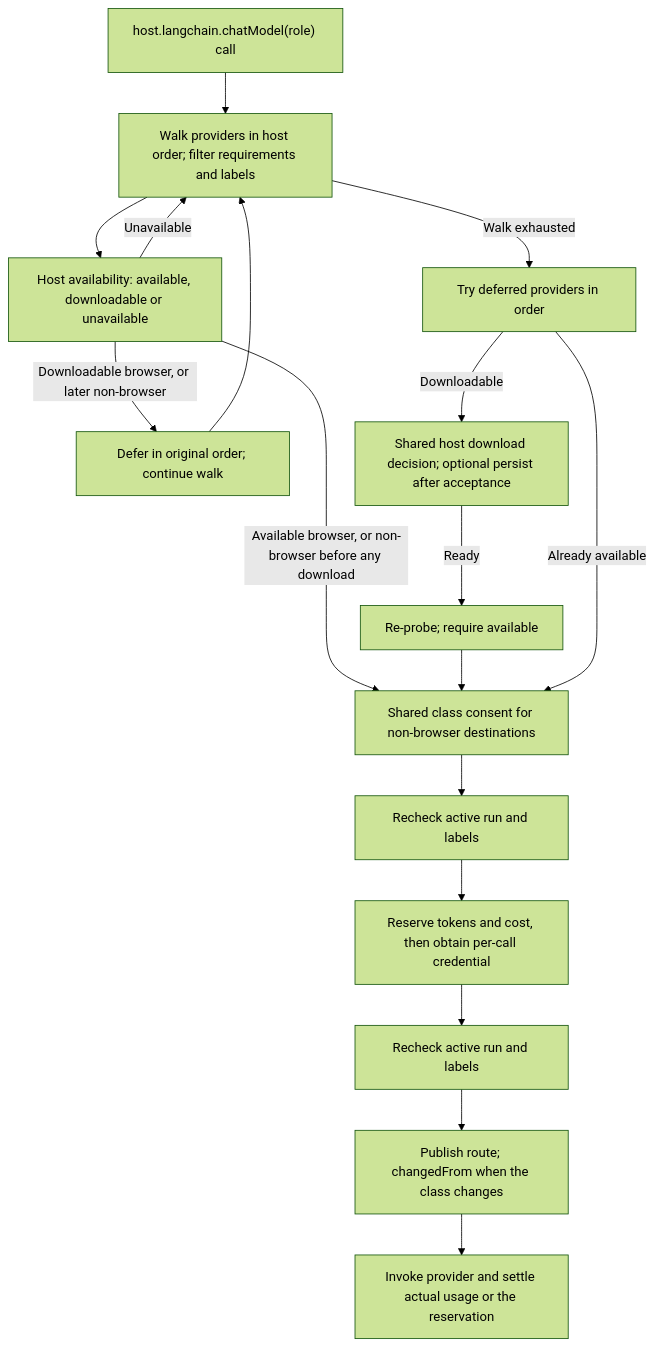
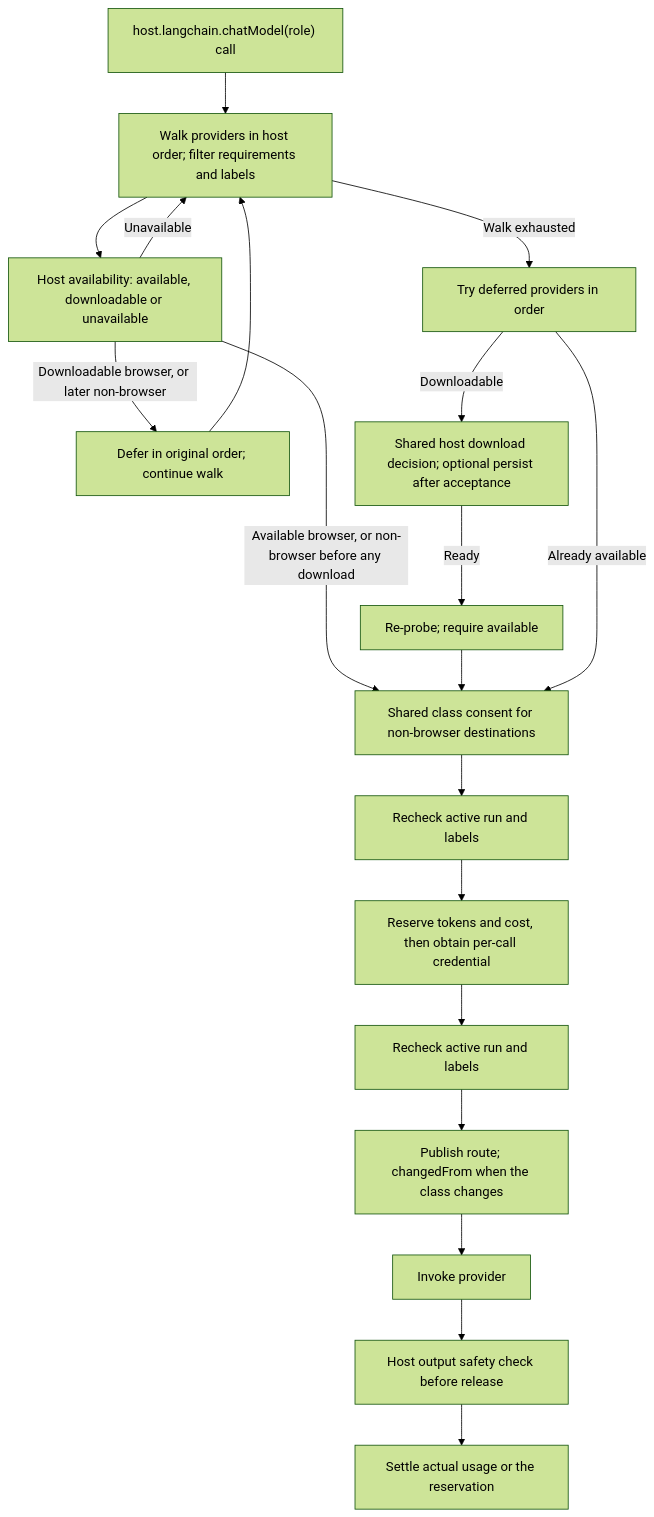
The seventh of 8 diagrams in docs/system-design.md (vinhnxv/galaxie), drawn with Mermaid (forest theme) before and after one commit. The commit also changed other lines of this file and 2 other files, not shown here.

Commit message:
docs: describe routed output safety controls and limits

````diff
--- a/docs/system-design.md
+++ b/docs/system-design.md
@@ -358,19 +358,21 @@
 ```mermaid
 flowchart TD
     Call["host.langchain.chatModel(role) call"] --> Walk["Walk providers in host order; filter requirements and labels"]
     Walk --> Probe["Host availability: available, downloadable or unavailable"]
     Probe -->|Unavailable| Walk
     Probe -->|Available browser, or non-browser before any download| Consent["Shared class consent for non-browser destinations"]
     Probe -->|Downloadable browser, or later non-browser| Defer["Defer in original order; continue walk"]
     Defer --> Walk
     Walk -->|Walk exhausted| Deferred["Try deferred providers in order"]
     Deferred -->|Downloadable| Download["Shared host download decision; optional persist after acceptance"]
     Download -->|Ready| Reprobe["Re-probe; require available"]
     Reprobe --> Consent
     Deferred -->|Already available| Consent
     Consent --> Labels["Recheck active run and labels"]
     Labels --> Reserve["Reserve tokens and cost, then obtain per-call credential"]
     Reserve --> Check["Recheck active run and labels"]
     Check --> Notice["Publish route; changedFrom when the class changes"]
-    Notice --> Send["Invoke provider and settle actual usage or the reservation"]
+    Notice --> Send["Invoke provider"]
+    Send --> Safety["Host output safety check before release"]
+    Safety --> Settle["Settle actual usage or the reservation"]
 ```
````
